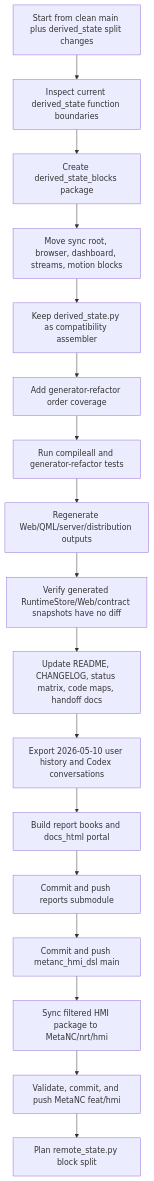
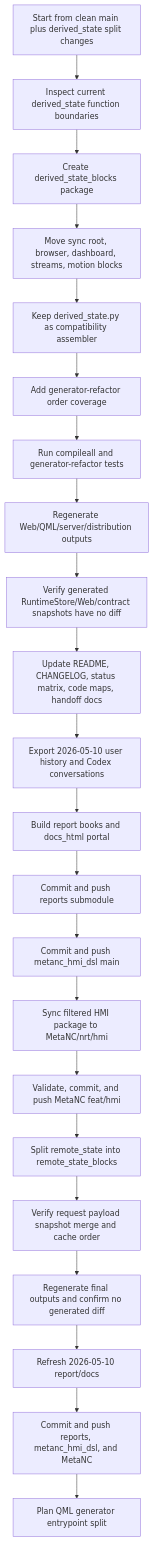
Before and after one commit to luppiterw/metanc_hmi_dsl_reports: the diagram in 2026-05-10-codex-session/workflow-diagram.md, drawn with Mermaid. The commit also changed 14 other files, not shown here.

Commit message:
docs: refresh 2026-05-10 remote state split report

````diff
--- a/2026-05-10-codex-session/workflow-diagram.md
+++ b/2026-05-10-codex-session/workflow-diagram.md
@@ -3,19 +3,24 @@
 ```mermaid
 flowchart TD
     A[Start from clean main plus derived_state split changes] --> B[Inspect current derived_state function boundaries]
     B --> C[Create derived_state_blocks package]
     C --> D[Move sync root, browser, dashboard, streams, motion blocks]
     D --> E[Keep derived_state.py as compatibility assembler]
     E --> F[Add generator-refactor order coverage]
     F --> G[Run compileall and generator-refactor tests]
     G --> H[Regenerate Web/QML/server/distribution outputs]
     H --> I[Verify generated RuntimeStore/Web/contract snapshots have no diff]
     I --> J[Update README, CHANGELOG, status matrix, code maps, handoff docs]
     J --> K[Export 2026-05-10 user history and Codex conversations]
     K --> L[Build report books and docs_html portal]
     L --> M[Commit and push reports submodule]
     M --> N[Commit and push metanc_hmi_dsl main]
     N --> O[Sync filtered HMI package to MetaNC/nrt/hmi]
     O --> P[Validate, commit, and push MetaNC feat/hmi]
-    P --> Q[Plan remote_state.py block split]
+    P --> Q[Split remote_state into remote_state_blocks]
+    Q --> R[Verify request payload snapshot merge and cache order]
+    R --> S[Regenerate final outputs and confirm no generated diff]
+    S --> T[Refresh 2026-05-10 report/docs]
+    T --> U[Commit and push reports, metanc_hmi_dsl, and MetaNC]
+    U --> V[Plan QML generator entrypoint split]
 ```
````
